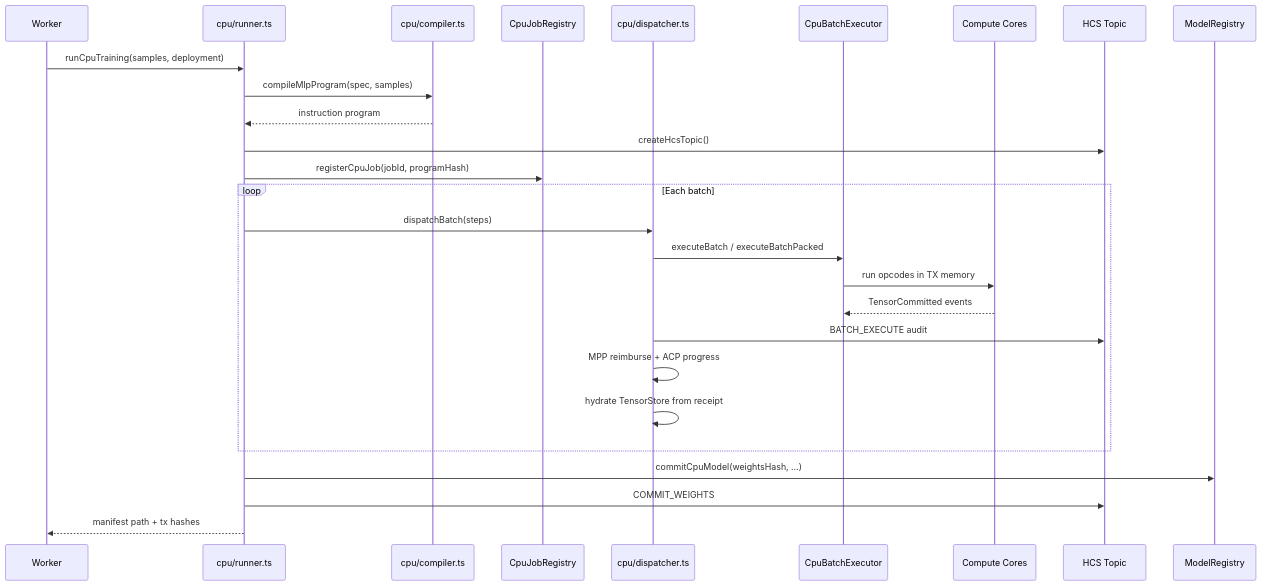
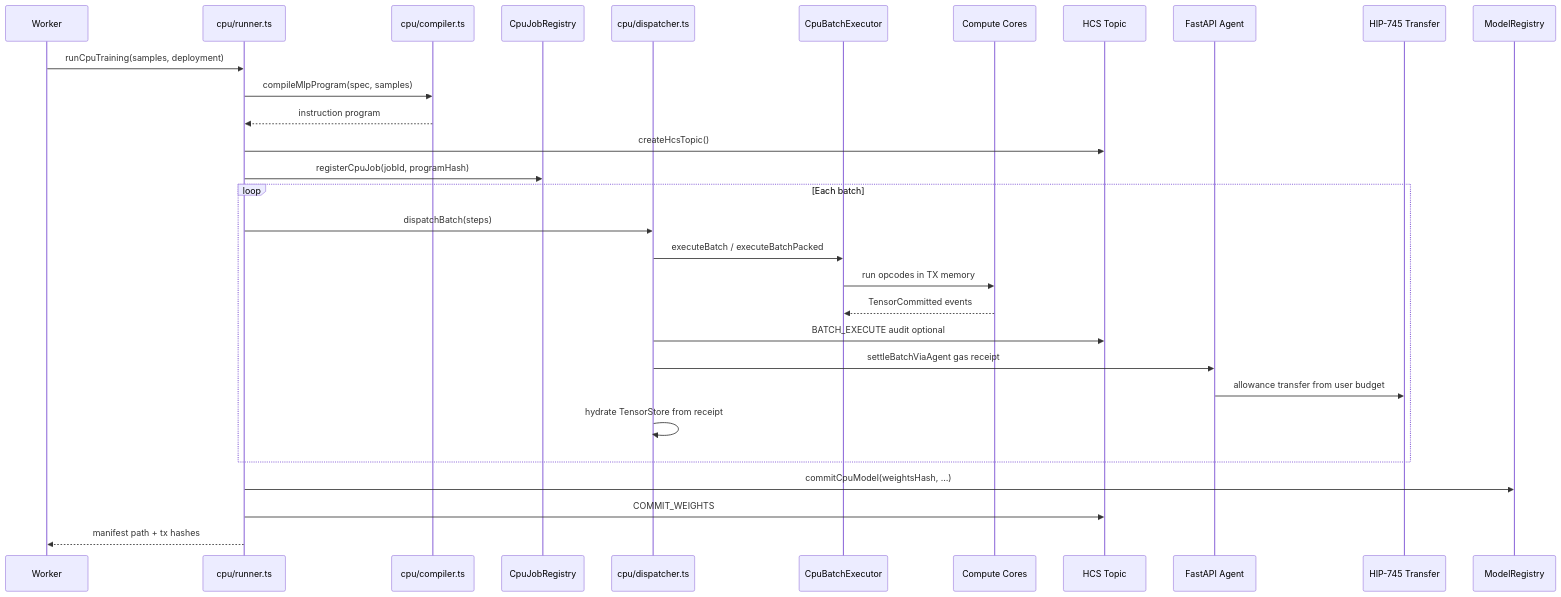
The sixth of 6 diagrams in README.md (Marshal-AM/pocu), drawn with Mermaid before and after one commit. The commit also changed other lines of this file, not shown here.

````diff
--- a/README.md
+++ b/README.md
@@ -856,30 +1005,33 @@
 ```mermaid
 sequenceDiagram
   participant Worker
   participant Runner as cpu/runner.ts
   participant Compiler as cpu/compiler.ts
   participant Registry as CpuJobRegistry
   participant Dispatcher as cpu/dispatcher.ts
   participant Executor as CpuBatchExecutor
   participant Cores as Compute Cores
   participant HCS as HCS Topic
+  participant Agent as FastAPI Agent
+  participant Hedera as HIP-745 Transfer
   participant ModelReg as ModelRegistry
 
   Worker->>Runner: runCpuTraining(samples, deployment)
   Runner->>Compiler: compileMlpProgram(spec, samples)
   Compiler-->>Runner: instruction program
   Runner->>HCS: createHcsTopic()
   Runner->>Registry: registerCpuJob(jobId, programHash)
   loop Each batch
     Runner->>Dispatcher: dispatchBatch(steps)
     Dispatcher->>Executor: executeBatch / executeBatchPacked
     Executor->>Cores: run opcodes in TX memory
     Cores-->>Executor: TensorCommitted events
-    Dispatcher->>HCS: BATCH_EXECUTE audit
-    Dispatcher->>Dispatcher: MPP reimburse + ACP progress
+    Dispatcher->>HCS: BATCH_EXECUTE audit optional
+    Dispatcher->>Agent: settleBatchViaAgent gas receipt
+    Agent->>Hedera: allowance transfer from user budget
     Dispatcher->>Dispatcher: hydrate TensorStore from receipt
   end
   Runner->>ModelReg: commitCpuModel(weightsHash, …)
   Runner->>HCS: COMMIT_WEIGHTS
   Runner-->>Worker: manifest path + tx hashes
 ```
````
